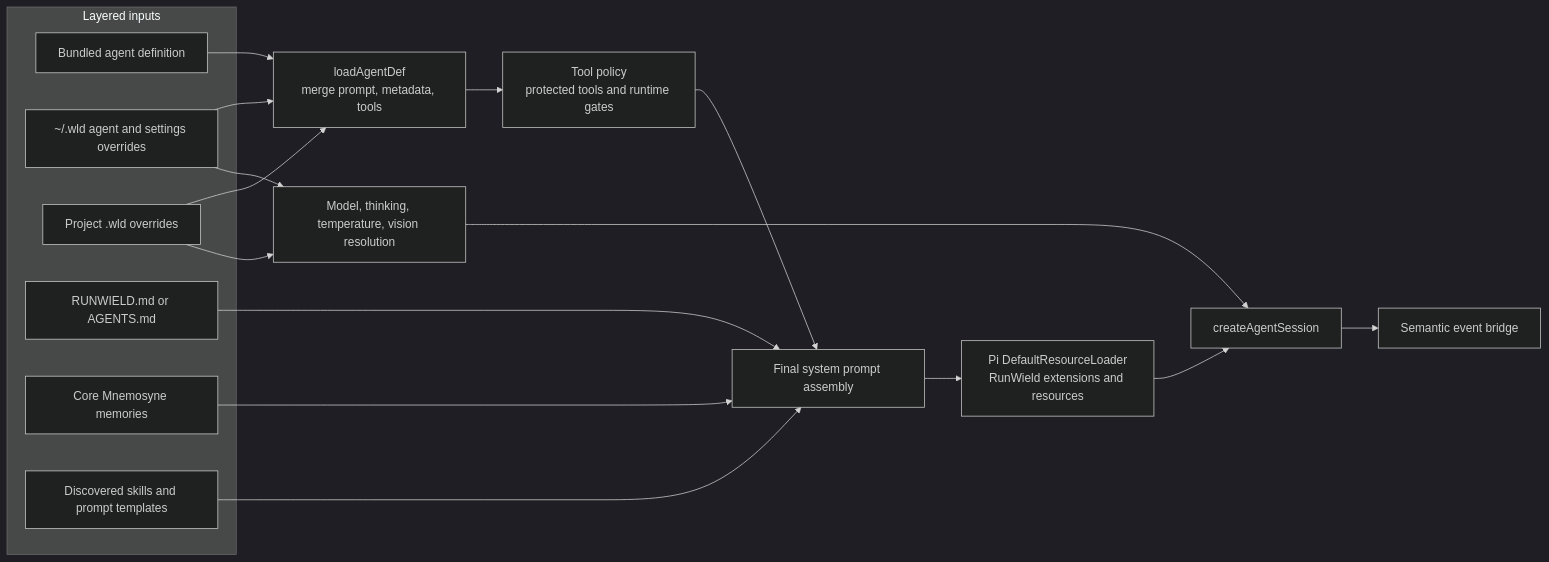
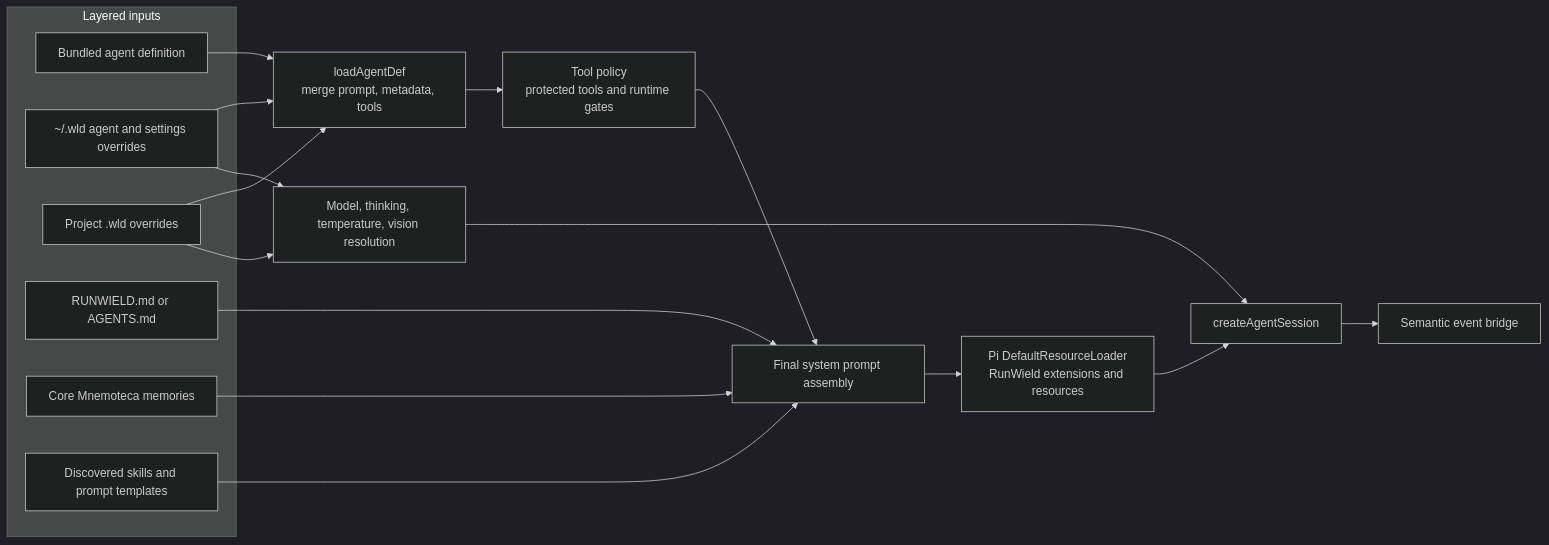
One commit to gandazgul/runwield changed the ninth of 13 diagrams in docs/architecture.md. Above: the diagram before and after it, drawn with Mermaid (dark theme). The commit also changed other lines of this file and 107 other files, not shown here.

````diff
--- a/docs/architecture.md
+++ b/docs/architecture.md
@@ -550,34 +550,34 @@
 ```mermaid
 flowchart LR
     subgraph Sources["Layered inputs"]
         Bundled["Bundled agent definition"]
         Home["~/.wld agent and settings overrides"]
         Local["Project .wld overrides"]
         Instructions["RUNWIELD.md or AGENTS.md"]
-        Memories["Core Mnemosyne memories"]
+        Memories["Core Mnemoteca memories"]
         Skills["Discovered skills and prompt templates"]
     end
 
     Merge["loadAgentDef\nmerge prompt, metadata, tools"]
     Policy["Tool policy\nprotected tools and runtime gates"]
     Model["Model, thinking, temperature, vision resolution"]
     Prompt["Final system prompt assembly"]
     Loader["Pi DefaultResourceLoader\nRunWield extensions and resources"]
     Session["createAgentSession"]
     Subscribers["Semantic event bridge"]
 
     Bundled --> Merge
     Home --> Merge
     Local --> Merge
     Merge --> Policy
     Home --> Model
     Local --> Model
     Policy --> Prompt
     Instructions --> Prompt
     Memories --> Prompt
     Skills --> Prompt
     Model --> Session
     Prompt --> Loader
     Loader --> Session
     Session --> Subscribers
 ```
````
